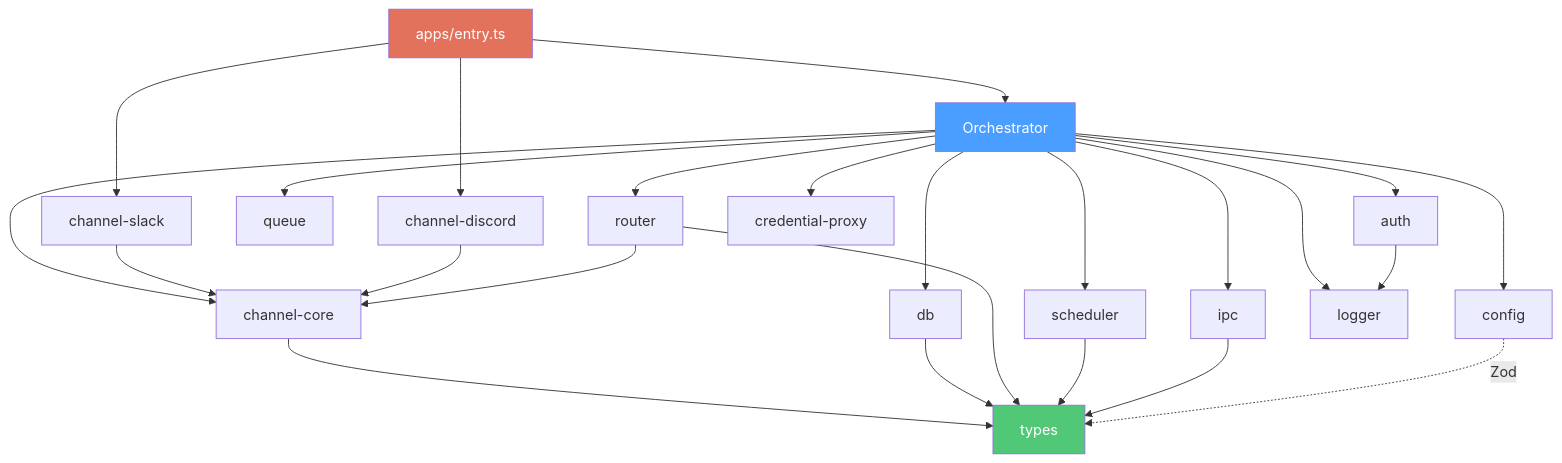
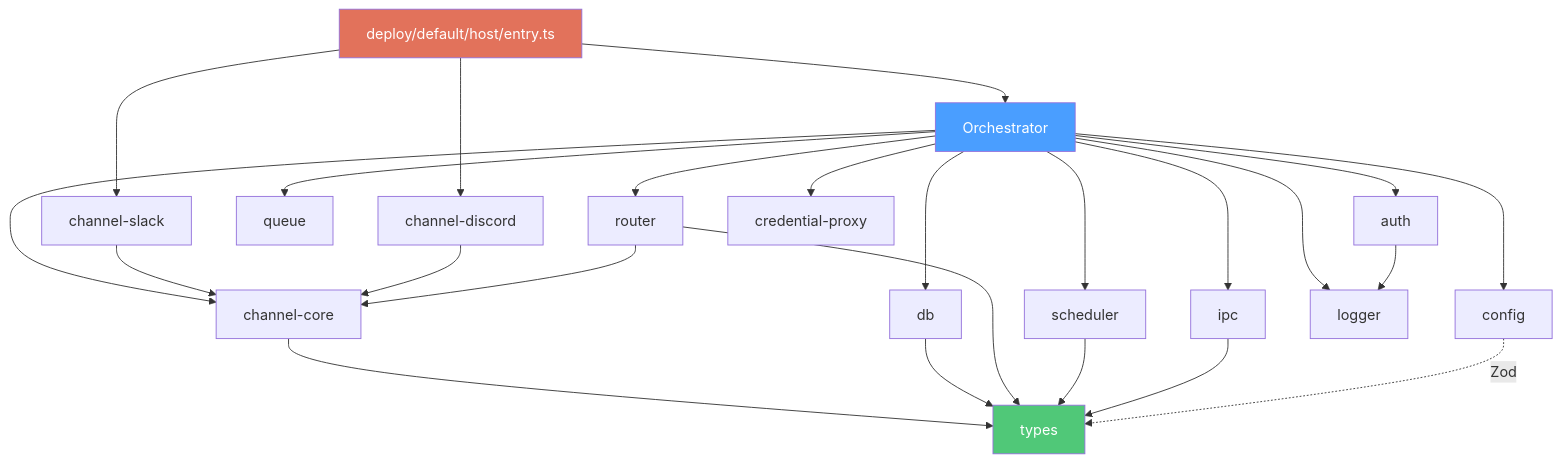
Before and after one commit to yukihirop/nagi: the third of 3 diagrams in docs/architecture.md, drawn with Mermaid. The commit also changed other lines of this file and 92 other files, not shown here.

First line of the commit message:
Consolidate entry.ts into deploy/ and rename apps/ to host/ (#12)

````diff
--- a/docs/architecture.md
+++ b/docs/architecture.md
@@ -74,33 +74,33 @@
 ```mermaid
 graph TD
-    Entry["apps/entry.ts"] --> Orchestrator
+    Entry["deploy/default/host/entry.ts"] --> Orchestrator
     Entry --> ChannelSlack["channel-slack"]
     Entry --> ChannelDiscord["channel-discord"]
 
     Orchestrator --> ChannelCore["channel-core"]
     Orchestrator --> DB["db"]
     Orchestrator --> Queue["queue"]
     Orchestrator --> Scheduler["scheduler"]
     Orchestrator --> IPC["ipc"]
     Orchestrator --> Router["router"]
     Orchestrator --> Auth["auth"]
     Orchestrator --> Config["config"]
     Orchestrator --> Logger["logger"]
     Orchestrator --> CredProxy["credential-proxy"]
 
     ChannelSlack --> ChannelCore
     ChannelDiscord --> ChannelCore
     ChannelCore --> Types["types"]
 
     DB --> Types
     Router --> Types
     Router --> ChannelCore
     Scheduler --> Types
     IPC --> Types
     Auth --> Logger
     Config -.->|Zod| Types
 
     style Entry fill:#e2725b,color:#fff
     style Orchestrator fill:#4a9eff,color:#fff
     style Types fill:#50c878,color:#fff
 ```
````
